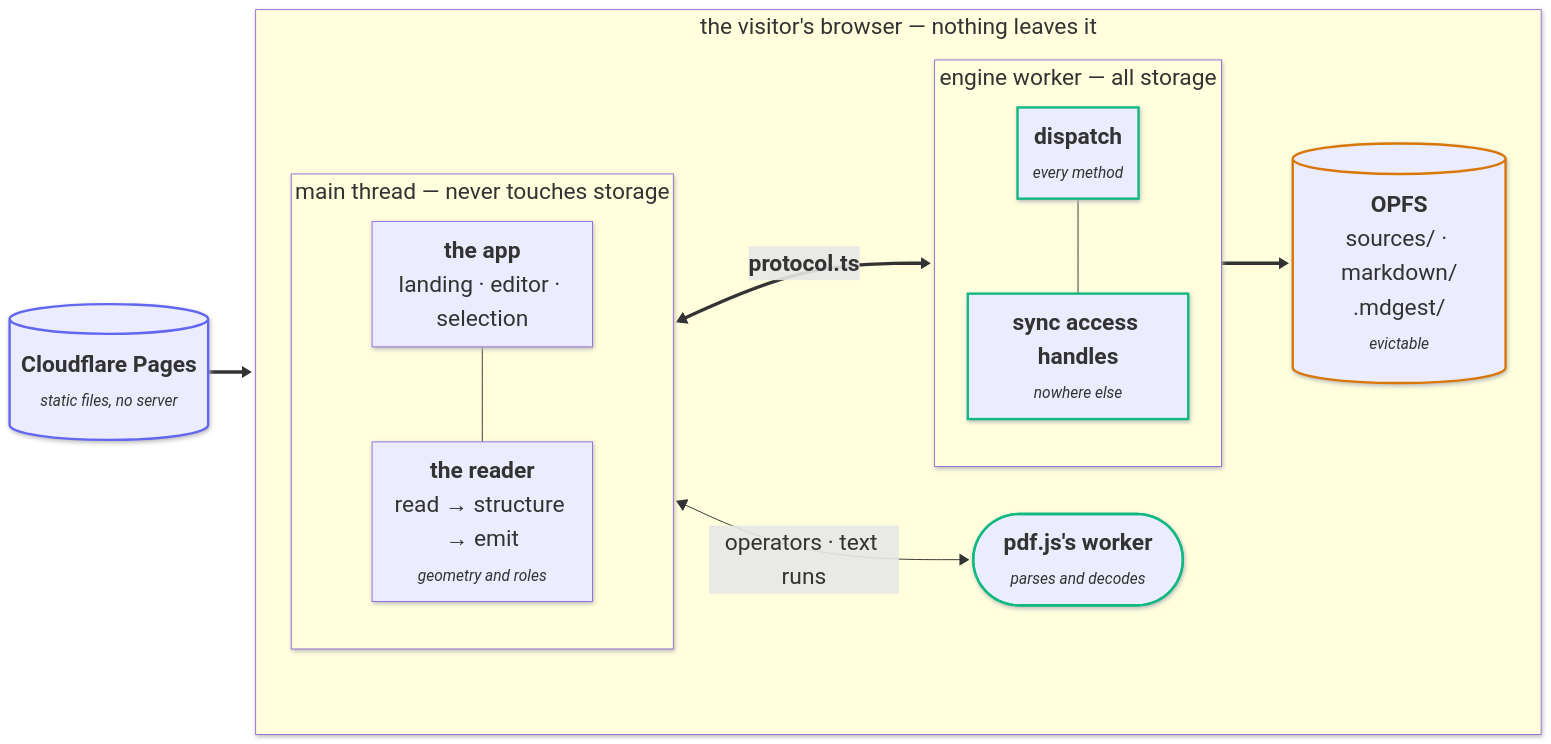
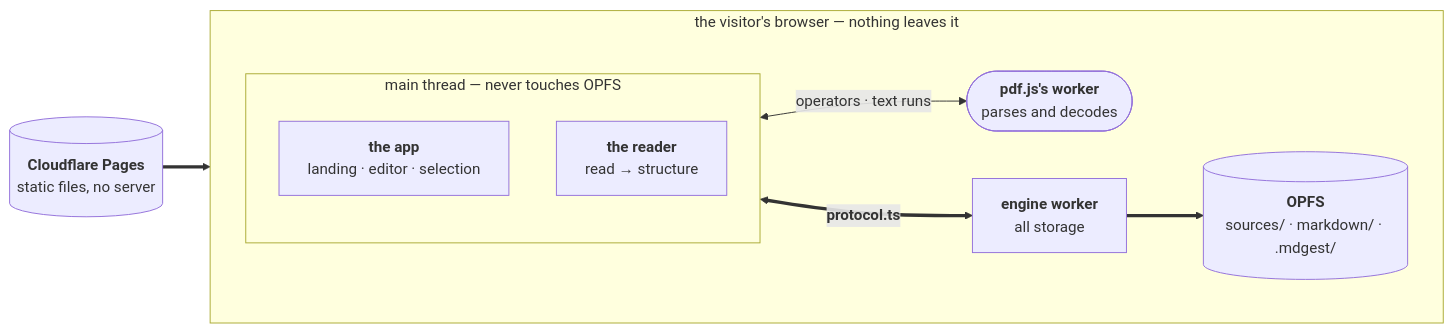
Before and after one commit to roest1/mdgest: the second of 2 diagrams in README.md, drawn with Mermaid. The commit also changed other lines of this file and 3 other files, not shown here.

````diff
--- a/README.md
+++ b/README.md
@@ -160,46 +154,24 @@
 ```mermaid
----
-config:
-  look: neo
-  themeVariables:
-    fontSize: 24px
----
 flowchart LR
-    CF[("<b>Cloudflare Pages</b><br/><span style="font-size:0.68em;line-height:1.25;display:inline-block"><i>static files, no server</i></span>")]
+    CF[("<b>Cloudflare Pages</b><br/>static files, no server")]
 
     subgraph TAB ["the visitor's browser &mdash; nothing leaves it"]
         direction LR
 
-        subgraph MAIN ["main thread &mdash; never touches storage"]
+        subgraph MAIN ["main thread &mdash; never touches OPFS"]
             direction TB
             UI["<b>the app</b><br/>landing &middot; editor &middot; selection"]
-            RD["<b>the reader</b><br/>read &rarr; structure &rarr; emit<br/><span style="font-size:0.68em;line-height:1.25;display:inline-block"><i>geometry and roles</i></span>"]
-            UI --- RD
+            RD["<b>the reader</b><br/>read &rarr; structure"]
         end
 
-        PW(["<b>pdf.js's worker</b><br/><span style="font-size:0.68em;line-height:1.25;display:inline-block"><i>parses and decodes</i></span>"])
-
-        subgraph EW ["engine worker &mdash; all storage"]
-            direction TB
-            DISP["<b>dispatch</b><br/><span style="font-size:0.68em;line-height:1.25;display:inline-block"><i>every method</i></span>"]
-            SYNC["<b>sync access handles</b><br/><span style="font-size:0.68em;line-height:1.25;display:inline-block"><i>nowhere else</i></span>"]
-            DISP --- SYNC
-        end
-
-        DB[("<b>OPFS</b><br/>sources/ &middot; markdown/<br/>.mdgest/<br/><span style="font-size:0.68em;line-height:1.25;display:inline-block"><i>evictable</i></span>")]
+        PW(["<b>pdf.js's worker</b><br/>parses and decodes"])
+        EW["<b>engine worker</b><br/>all storage"]
+        DB[("<b>OPFS</b><br/>sources/ &middot; markdown/ &middot; .mdgest/")]
 
         RD <-->|"operators &middot; text runs"| PW
-        UI <==>|"<b>protocol.ts</b>"| DISP
-        SYNC ==> DB
+        UI <==>|"<b>protocol.ts</b>"| EW
+        EW ==> DB
     end
 
     CF ==> UI
-
-    classDef worker stroke:#10b981,stroke-width:2.5px
-    classDef store stroke:#d97706,stroke-width:2.5px
-    classDef outside stroke:#6366f1,stroke-width:2.5px
-
-    class PW,DISP,SYNC worker
-    class DB store
-    class CF outside
 ```
````
